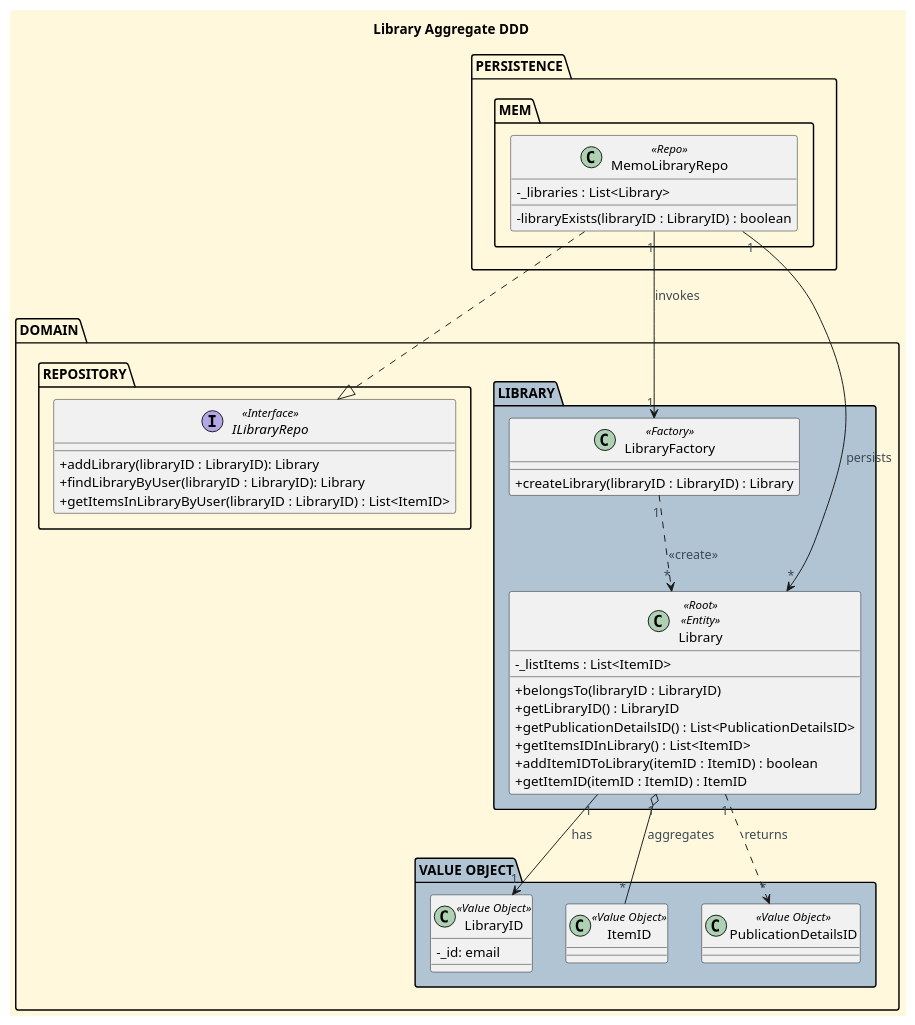
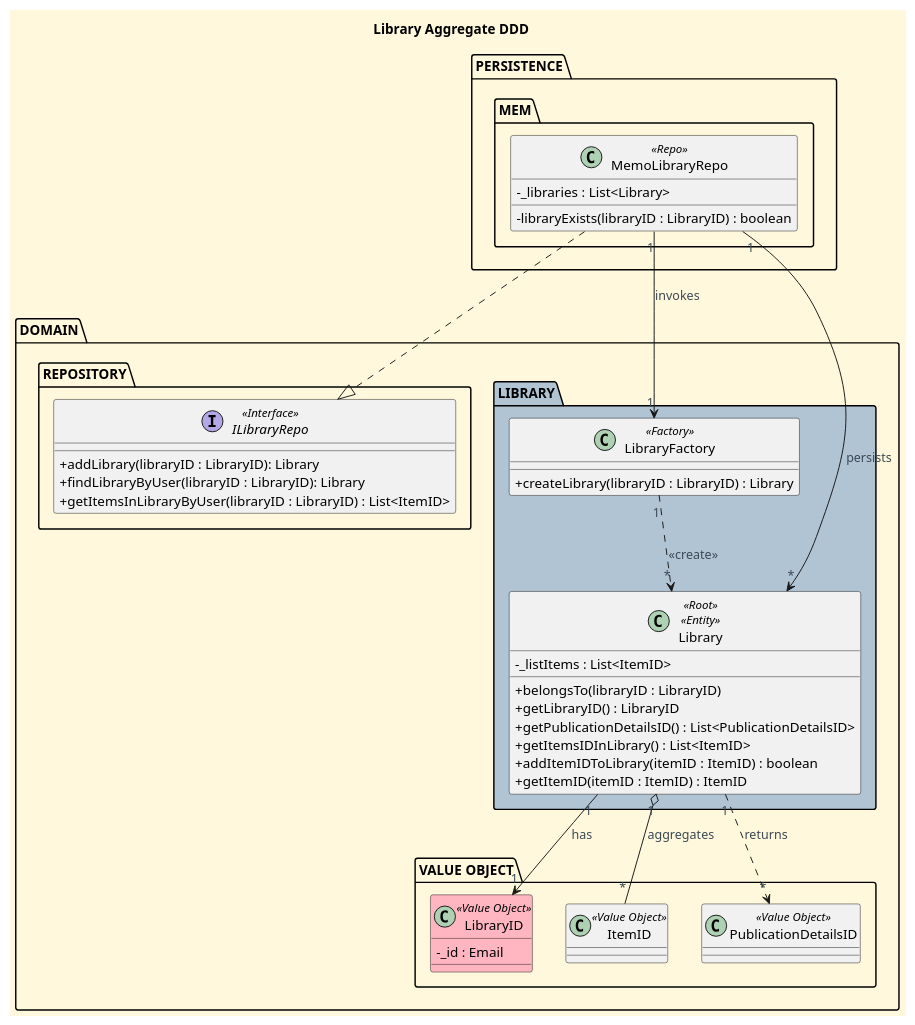
One commit to CarolinaLeite-collab/JavaMarketplacePlatform changed the diagram in docs/aggregatesDiagrams/Library.puml. Above: the diagram before and after it, drawn with PlantUML.

Commit message:
docs: Library aggregate - fixed package colors, refs #462

```diff
--- a/docs/aggregatesDiagrams/Library.puml
+++ b/docs/aggregatesDiagrams/Library.puml
@@ -1,91 +1,91 @@
 @startuml
 'https://plantuml.com/class-diagram
 title Library Aggregate DDD
 
 '==== basic style ====
 skinparam monochrome false
 skinparam shadowing false
 skinparam defaultFontName Futura
 skinparam objectFontSize 20
 skinparam backgroundColor CornSilk
 skinparam objectBackgroundColor WhiteSmoke
 skinparam noteBackgroundColor #FFFFE0
 skinparam ArrowFontColor #3B4953
 skinparam ActivationBackgroundColor black
 skinparam classAttributeIconSize 0
 
 top to bottom direction
 
 package "PERSISTENCE" {
 
     package "MEM" {
 
         class MemoLibraryRepo <<Repo>> {
 
         - _libraries : List<Library>
         - libraryExists(libraryID : LibraryID) : boolean
         }
 
     }
 }
 
 package "DOMAIN" {
 
 package "REPOSITORY" {
 
     interface ILibraryRepo <<Interface>> {
     + addLibrary(libraryID : LibraryID): Library
     + findLibraryByUser(libraryID : LibraryID): Library
     + getItemsInLibraryByUser(libraryID : LibraryID) : List<ItemID>
     }
 
 }
 
-package "VALUE OBJECT" #b0c4d4 {
+package "VALUE OBJECT" {
 
-    class LibraryID <<Value Object>> {
-    - _id: email
+    class LibraryID <<Value Object>> #LightPink {
+    - _id : Email
     }
     class ItemID <<Value Object>> {}
     class PublicationDetailsID <<Value Object>> {}
 
 }
 
 package "LIBRARY" #b0c4d4 {
 
     class Library <<Root>> <<Entity>> {
       - _listItems : List<ItemID>
       + belongsTo(libraryID : LibraryID)
       + getLibraryID() : LibraryID
       + getPublicationDetailsID() : List<PublicationDetailsID>
       + getItemsIDInLibrary() : List<ItemID>
       + addItemIDToLibrary(itemID : ItemID) : boolean
       + getItemID(itemID : ItemID) : ItemID
     }
 
     class LibraryFactory <<Factory>> {
     + createLibrary(libraryID : LibraryID) : Library
     }
 
 }
 
 }
 
 
 
 
 MemoLibraryRepo ..|> ILibraryRepo
 MemoLibraryRepo "1" --> "1" LibraryFactory : invokes
 
 MemoLibraryRepo "1" --> "*" Library : persists
 
 Library "1" --> "1" LibraryID: has
 Library "1" o-- "*" ItemID: aggregates
 Library "1" ..> "*" PublicationDetailsID: returns
 
 LibraryFactory "1" ..> "*" Library: <<create>>
 
 'ILibraryRepo "1" ..> "*" Library: manages
 'ILibraryRepo "1" ..> "*" LibraryID: uses
 
 @enduml
```
